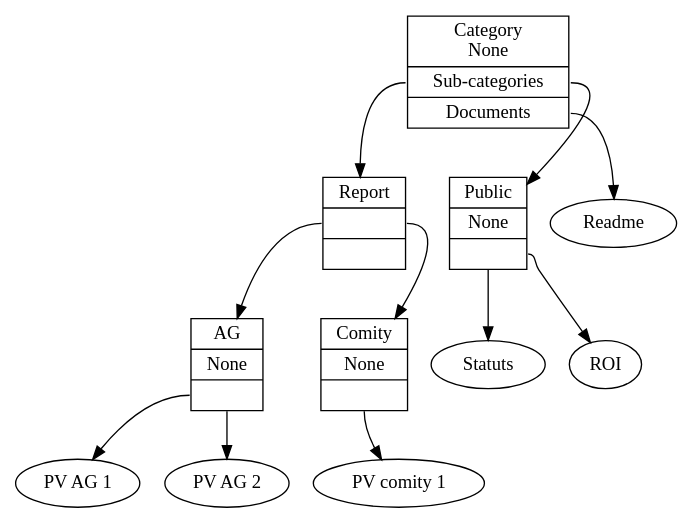
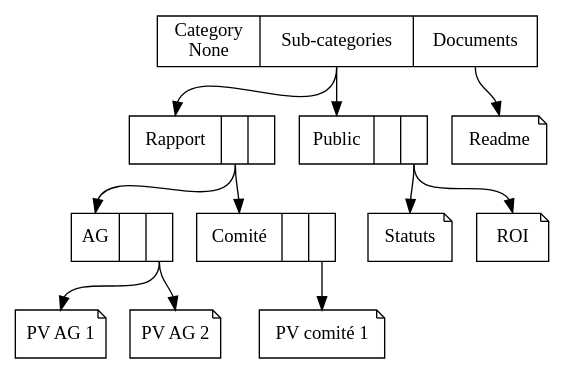
Before and after one commit to remytms/tfe_ecam_2018: the diagram in diagrams/document-tree.gv, drawn with Graphviz. The commit also changed 3 other files, not shown here.

```diff
--- a/diagrams/document-tree.gv
+++ b/diagrams/document-tree.gv
@@ -1,43 +1,46 @@
 digraph G {
-    node [fontname="Bitstream Vera Sans"];
-    node [shape=record];
-    // Categories
+    node [fontname="Linux Biolinum O"];
+    node [shape="record"];
+
+    // Root
     Root [
-        label = "{<cat> Category\nNone |<subcat> Sub-categories |<doc> Documents }"
+        label = "<cat> Category\nNone |<subcat> Sub-categories |<doc> Documents"
     ];
     Report [
-        label = "{<cat> Report |<subcat> |<doc> }"
+        label = "<cat> Rapport |<subcat> |<doc>"
     ];
+    Readme [shape="note"];
+    Public [
+        label = "<cat> Public |<subcat> |<doc>"
+    ];
+
+    // First level
     AG [
-        label = "{<cat> AG |<subcat> None |<doc> }"
+        label = "<cat> AG |<subcat> |<doc>"
     ];
     Comity [
-        label = "{<cat> Comity |<subcat> None |<doc> }"
+        label = "<cat> Comité |<subcat> |<doc>"
     ];
-    Public [
-        label = "{<cat> Public |<subcat> None |<doc> }"
-    ];
+    Statuts [shape="note"];
+    ROI [shape="note"];
 
-    node [shape="ellipse"];
-    // Documents
+    // Second level
+    node [shape="note"];
     "PV AG 1";
     "PV AG 2";
-    "PV comity 1";
-    Statuts;
-    ROI;
-    Readme;
+    "PV comité 1";
 
     // Links between cat and subcat
-    Root:subcat -> Report;
-    Root:subcat -> Public;
-    Report:subcat -> AG;
-    Report:subcat -> Comity;
+    Root:subcat -> Report:cat;
+    Root:subcat -> Public:cat;
+    Report:subcat -> AG:cat;
+    Report:subcat -> Comity:cat;
 
     // Links between cat and doc
-    Root:doc -> Readme;
-    AG:doc -> "PV AG 1";
-    AG:doc -> "PV AG 2";
-    Comity:doc -> "PV comity 1";
-    Public:doc -> Statuts;
-    Public:doc -> ROI;
+    Root:doc -> Readme:n;
+    AG:doc -> "PV AG 1":n;
+    AG:doc -> "PV AG 2":n;
+    Comity:doc -> "PV comité 1":n;
+    Public:doc -> Statuts:n;
+    Public:doc -> ROI:n;
 }
```
